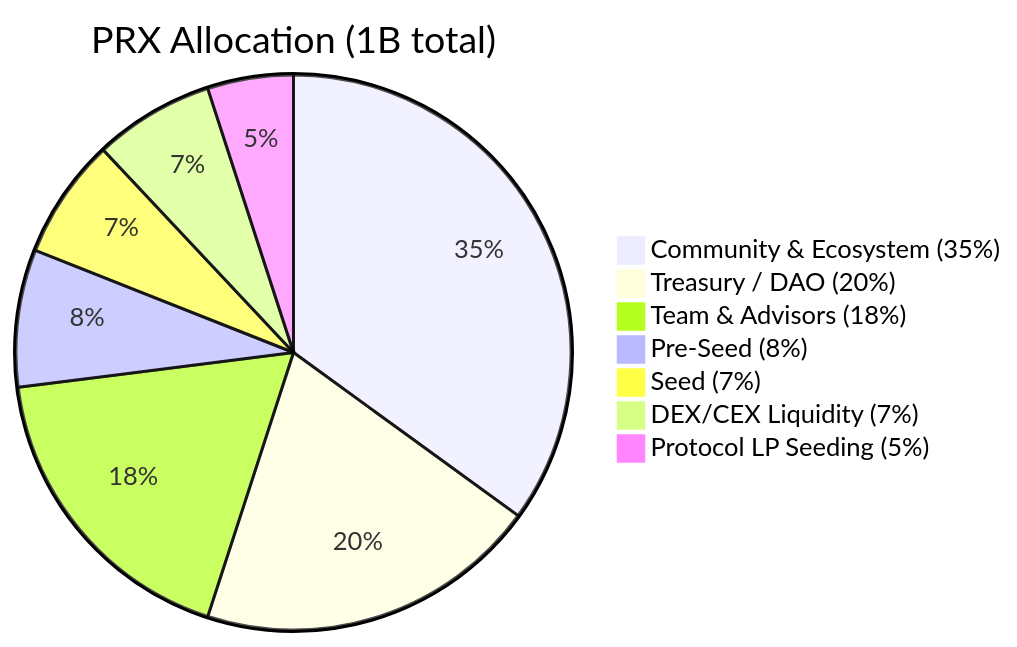
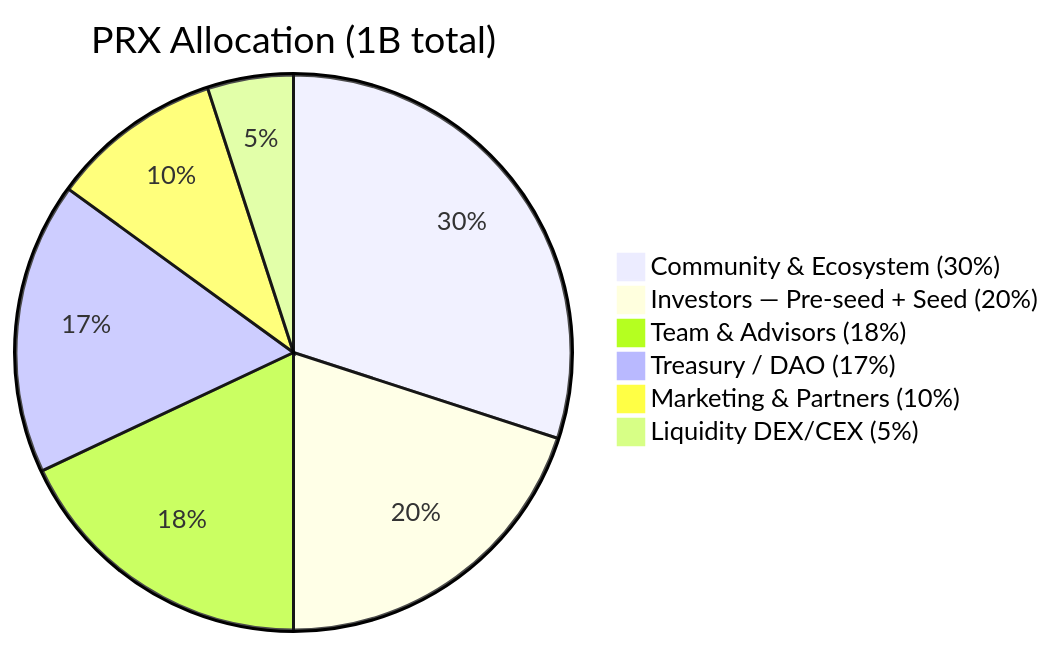
Before and after one commit to PrediX-Protocol/predix-docs: the first of 3 diagrams in vi_v6/kinh-te/allocation-vesting.md, drawn with Mermaid. The commit also changed other lines of this file and 11 other files, not shown here.

````diff
--- a/vi_v6/kinh-te/allocation-vesting.md
+++ b/vi_v6/kinh-te/allocation-vesting.md
@@ -7,10 +7,9 @@
 ```mermaid
 pie title PRX Allocation (1B total)
-    "Community & Ecosystem (35%)" : 35
-    "Treasury / DAO (20%)" : 20
+    "Community & Ecosystem (30%)" : 30
+    "Investors — Pre-seed + Seed (20%)" : 20
     "Team & Advisors (18%)" : 18
-    "Pre-Seed (8%)" : 8
-    "Seed (7%)" : 7
-    "DEX/CEX Liquidity (7%)" : 7
-    "Protocol LP Seeding (5%)" : 5
+    "Treasury / DAO (17%)" : 17
+    "Marketing & Partners (10%)" : 10
+    "Liquidity DEX/CEX (5%)" : 5
 ```
````
